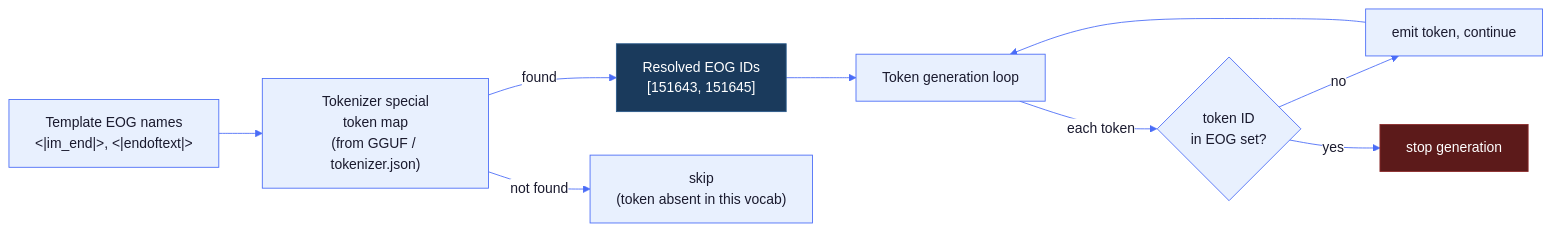
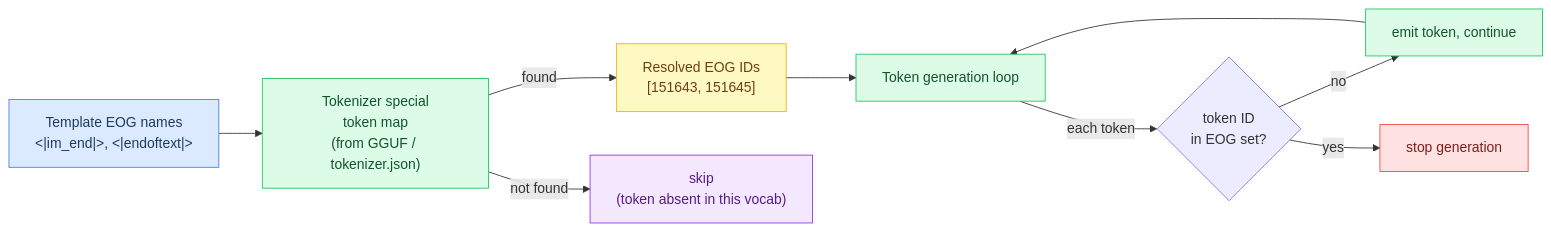
The fifth of 7 diagrams in docs/tutorial/15-chat-templates.md (maci0/agave), drawn with Mermaid before and after one commit. The commit also changed other lines of this file and 24 other files, not shown here.

First line of the commit message:
docs: convert all mermaid diagrams to classDef semantic colors

````diff
--- a/docs/tutorial/15-chat-templates.md
+++ b/docs/tutorial/15-chat-templates.md
@@ -443,31 +425,26 @@
 ```mermaid
-%%{init: {'theme': 'base', 'themeVariables': {
-  'primaryColor': '#e8f0fe',
-  'primaryTextColor': '#1a1a2e',
-  'primaryBorderColor': '#4a6cf7',
-  'lineColor': '#4a6cf7',
-  'secondaryColor': '#f0f4ff',
-  'tertiaryColor': '#f8f9ff',
-  'edgeLabelBackground': '#ffffff',
-  'clusterBkg': '#f0f4ff',
-  'clusterBorder': '#4a6cf7',
-  'titleColor': '#1a1a2e',
-  'nodeTextColor': '#1a1a2e',
-  'fontFamily': 'ui-monospace, SFMono-Regular, monospace'
-}}}%%
 flowchart LR
-    TmplNames["Template EOG names\n&lt;|im_end|&gt;, &lt;|endoftext|&gt;"]
-    TmplNames --> Lookup["Tokenizer special\ntoken map\n(from GGUF / tokenizer.json)"]
-    Lookup -->|found| EOGSet["Resolved EOG IDs\n[151643, 151645]"]
-    Lookup -->|not found| Skip["skip\n(token absent in this vocab)"]
+    classDef setup     fill:#dbeafe,stroke:#3b82f6,color:#1e3a5f
+    classDef sync      fill:#dcfce7,stroke:#22c55e,color:#14532d
+    classDef migration fill:#fef9c3,stroke:#eab308,color:#713f12
+    classDef success   fill:#bbf7d0,stroke:#16a34a,color:#14532d
+    classDef danger    fill:#fee2e2,stroke:#ef4444,color:#7f1d1d
+    classDef optional  fill:#f3e8ff,stroke:#9333ea,color:#581c87
 
-    EOGSet --> GenLoop["Token generation loop"]
+    TmplNames["Template EOG names\n&lt;|im_end|&gt;, &lt;|endoftext|&gt;"]:::setup
+    Lookup["Tokenizer special\ntoken map\n(from GGUF / tokenizer.json)"]:::sync
+    EOGSet["Resolved EOG IDs\n[151643, 151645]"]:::migration
+    Skip["skip\n(token absent in this vocab)"]:::optional
+    GenLoop["Token generation loop"]:::sync
+    Emit["emit token, continue"]:::sync
+    Stop["stop generation"]:::danger
+
+    TmplNames --> Lookup
+    Lookup -->|found| EOGSet
+    Lookup -->|not found| Skip
+    EOGSet --> GenLoop
     GenLoop -->|each token| Check{"token ID\nin EOG set?"}
-    Check -->|no| Emit["emit token, continue"]
-    Check -->|yes| Stop["stop generation"]
-
+    Check -->|no| Emit
+    Check -->|yes| Stop
     Emit --> GenLoop
-
-    style Stop fill:#5c1a1a,color:#fff,stroke:#8c2a2a
-    style EOGSet fill:#1a3a5c,color:#fff,stroke:#2a5a8c
 ```
````
